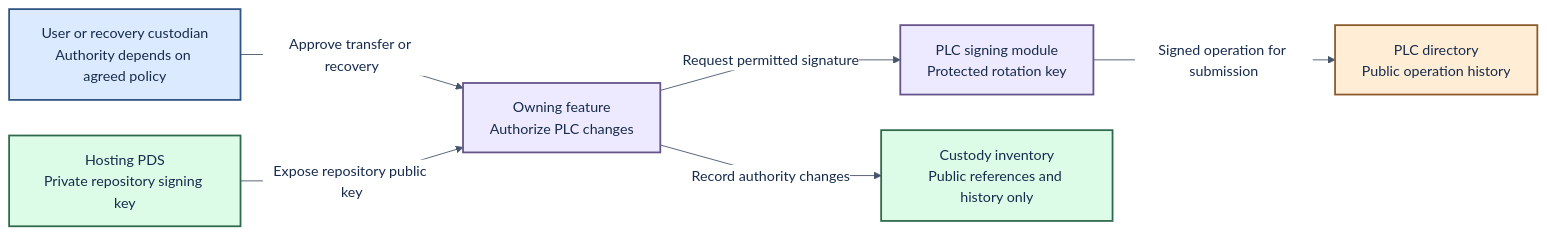
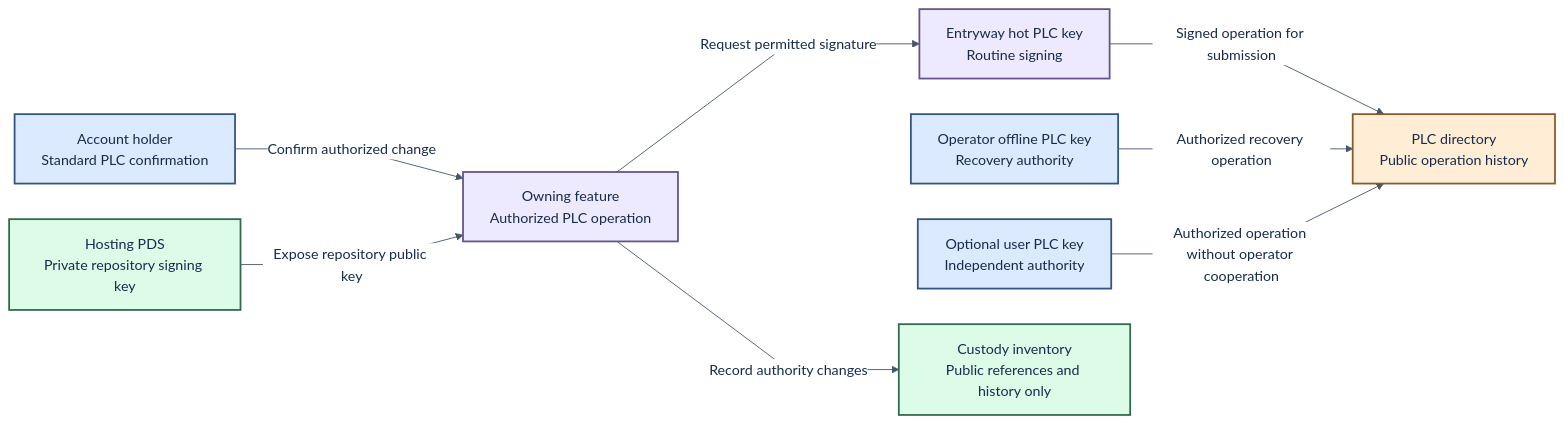
Before and after one commit to hypercerts-org/hypercerts-entryway: the second of 3 diagrams in docs/data-custody.md, drawn with Mermaid. The commit also changed other lines of this file and 4 other files, not shown here.

Commit message:
Clarify public migration and PLC custody policy

````diff
--- a/docs/data-custody.md
+++ b/docs/data-custody.md
@@ -190,23 +204,27 @@
 ```mermaid
 %%{init: {"theme":"base","themeVariables":{"primaryTextColor":"#172B4D","lineColor":"#45556C","edgeLabelBackground":"#FFFFFF","fontFamily":"Arial"},"flowchart":{"nodeSpacing":40,"rankSpacing":50,"curve":"linear"}}}%%
 flowchart LR
-  user["User or recovery custodian<br/>Authority depends on agreed policy"]
-  identity["Owning feature<br/>Authorize PLC changes"]
-  signer["PLC signing module<br/>Protected rotation key"]
+  user["Account holder<br/>Standard PLC confirmation"]
+  identity["Owning feature<br/>Authorized PLC operation"]
+  signer["Entryway hot PLC key<br/>Routine signing"]
+  offline["Operator offline PLC key<br/>Recovery authority"]
+  recovery["Optional user PLC key<br/>Independent authority"]
   plc["PLC directory<br/>Public operation history"]
   host["Hosting PDS<br/>Private repository signing key"]
   inventory["Custody inventory<br/>Public references and history only"]
-  user -->|"Approve transfer or recovery"| identity
+  user -->|"Confirm authorized change"| identity
   identity -->|"Request permitted signature"| signer
   signer -->|"Signed operation for submission"| plc
+  offline -->|"Authorized recovery operation"| plc
+  recovery -->|"Authorized operation without operator cooperation"| plc
   host -->|"Expose repository public key"| identity
   identity -->|"Record authority changes"| inventory
   classDef violet fill:#EDE9FE,stroke:#65538A,color:#172B4D,stroke-width:2px;
   classDef blue fill:#DBEAFE,stroke:#315582,color:#172B4D,stroke-width:2px;
   classDef mint fill:#DCFCE7,stroke:#32694D,color:#172B4D,stroke-width:2px;
   classDef peach fill:#FFEDD5,stroke:#8A5A2B,color:#172B4D,stroke-width:2px;
   class identity,signer violet;
-  class user blue;
+  class user,offline,recovery blue;
   class host,inventory mint;
   class plc peach;
 ```
````
